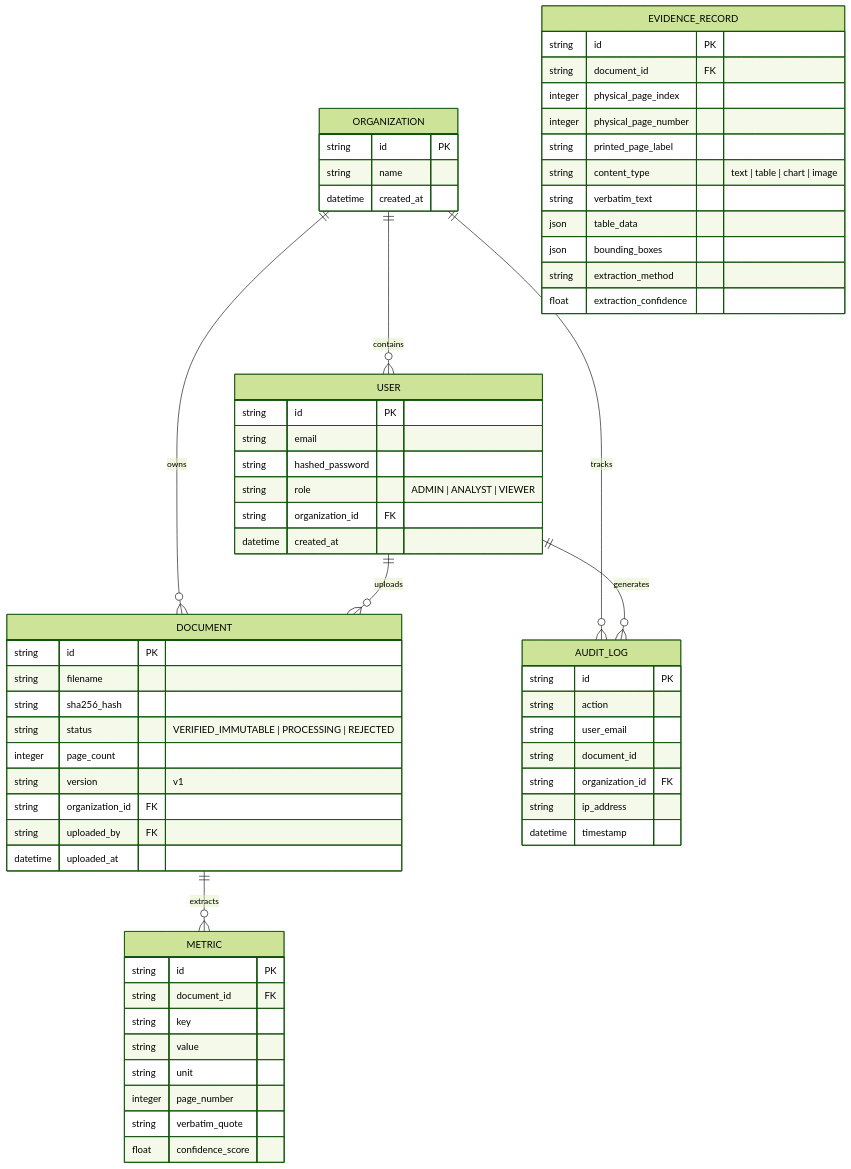
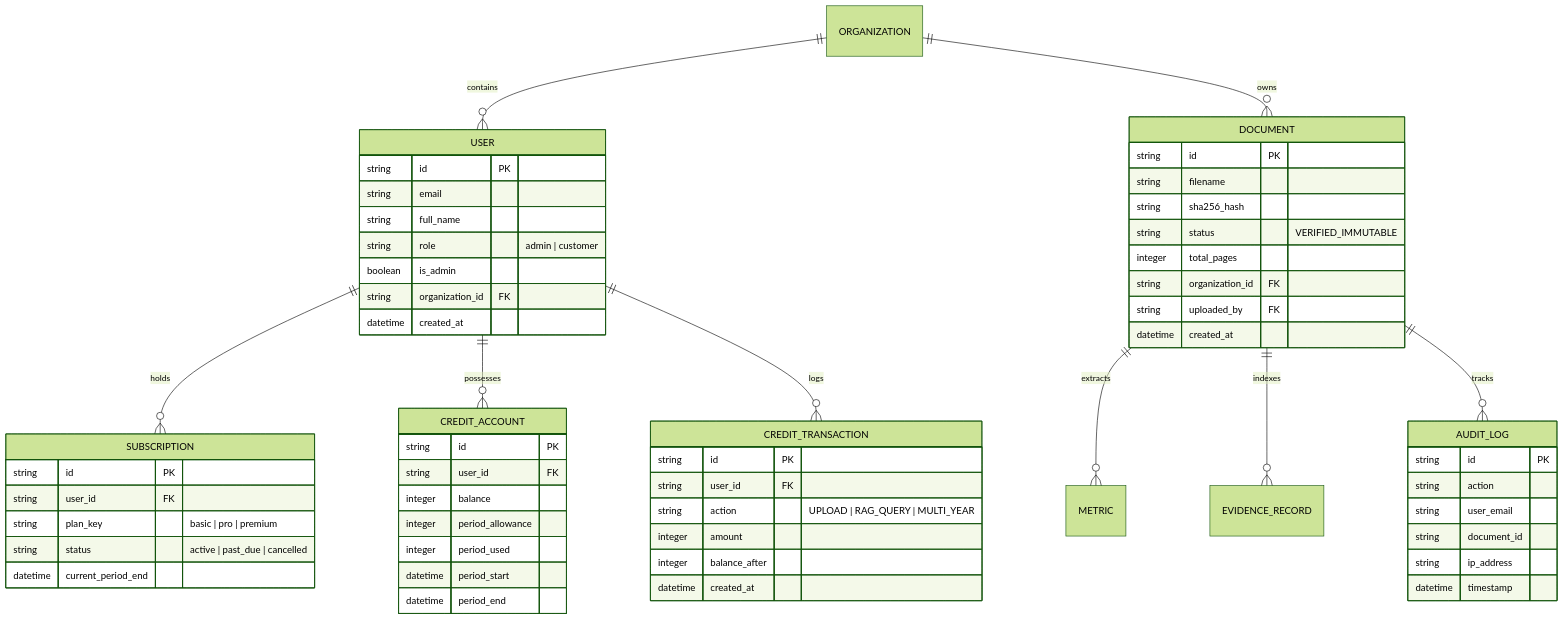
Before and after one commit to Rudranarayan666/Finance-agent: the third of 3 diagrams in ARCHITECTURE.md, drawn with Mermaid (forest theme). The commit also changed other lines of this file and 38 other files, not shown here.

Commit message:
feat: enterprise saas platform, mathematical rag and shap pipelines, credit accounting, and documentation

````diff
--- a/ARCHITECTURE.md
+++ b/ARCHITECTURE.md
@@ -177,71 +249,68 @@
 ```mermaid
 erDiagram
     ORGANIZATION ||--o{ USER : contains
     ORGANIZATION ||--o{ DOCUMENT : owns
-    ORGANIZATION ||--o{ AUDIT_LOG : tracks
-    USER ||--o{ DOCUMENT : uploads
-    USER ||--o{ AUDIT_LOG : generates
+    USER ||--o{ SUBSCRIPTION : holds
+    USER ||--o{ CREDIT_ACCOUNT : possesses
+    USER ||--o{ CREDIT_TRANSACTION : logs
     DOCUMENT ||--o{ METRIC : extracts
-
-    ORGANIZATION {
-        string id PK
-        string name
-        datetime created_at
-    }
+    DOCUMENT ||--o{ EVIDENCE_RECORD : indexes
+    DOCUMENT ||--o{ AUDIT_LOG : tracks
 
     USER {
         string id PK
         string email
-        string hashed_password
-        string role "ADMIN | ANALYST | VIEWER"
+        string full_name
+        string role "admin | customer"
+        boolean is_admin
         string organization_id FK
+        datetime created_at
+    }
+
+    SUBSCRIPTION {
+        string id PK
+        string user_id FK
+        string plan_key "basic | pro | premium"
+        string status "active | past_due | cancelled"
+        datetime current_period_end
+    }
+
+    CREDIT_ACCOUNT {
+        string id PK
+        string user_id FK
+        integer balance
+        integer period_allowance
+        integer period_used
+        datetime period_start
+        datetime period_end
+    }
+
+    CREDIT_TRANSACTION {
+        string id PK
+        string user_id FK
+        string action "UPLOAD | RAG_QUERY | MULTI_YEAR"
+        integer amount
+        integer balance_after
         datetime created_at
     }
 
     DOCUMENT {
         string id PK
         string filename
         string sha256_hash
-        string status "VERIFIED_IMMUTABLE | PROCESSING | REJECTED"
-        integer page_count
-        string version "v1"
+        string status "VERIFIED_IMMUTABLE"
+        integer total_pages
         string organization_id FK
         string uploaded_by FK
-        datetime uploaded_at
-    }
-
-    EVIDENCE_RECORD {
-        string id PK
-        string document_id FK
-        integer physical_page_index
-        integer physical_page_number
-        string printed_page_label
-        string content_type "text | table | chart | image"
-        string verbatim_text
-        json table_data
-        json bounding_boxes
-        string extraction_method
-        float extraction_confidence
-    }
-
-    METRIC {
-        string id PK
-        string document_id FK
-        string key
-        string value
-        string unit
-        integer page_number
-        string verbatim_quote
-        float confidence_score
+        datetime created_at
     }
 
     AUDIT_LOG {
         string id PK
         string action
         string user_email
         string document_id
-        string organization_id FK
         string ip_address
         datetime timestamp
     }
 ```
````
